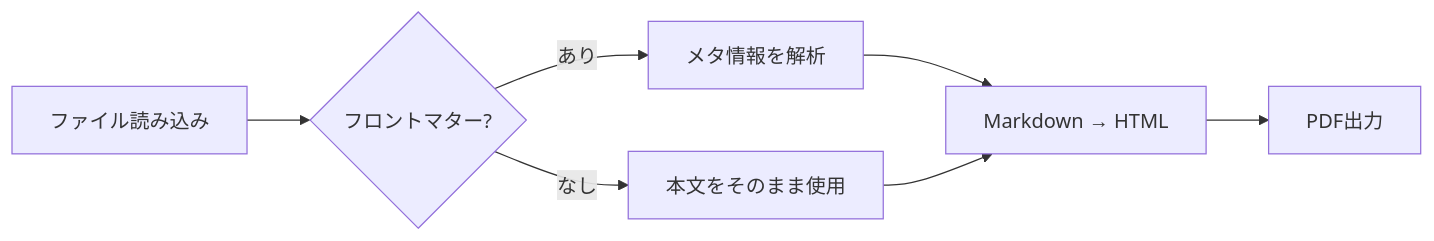
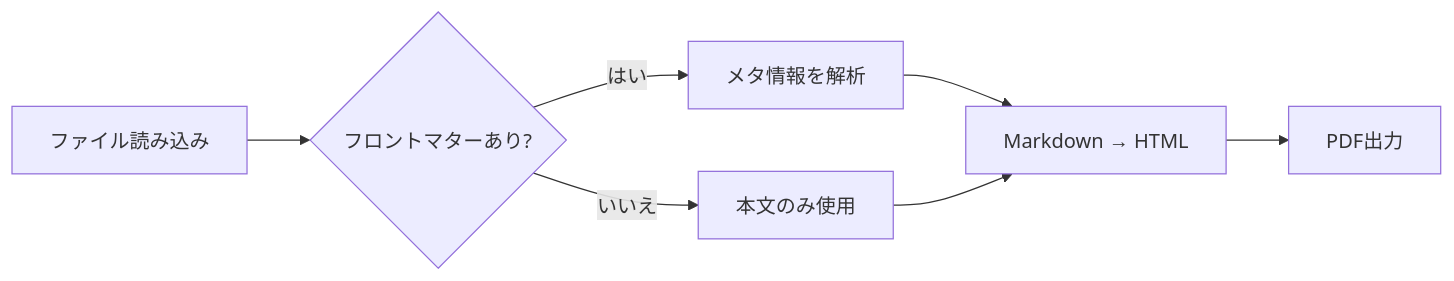
One commit to nanmotsu/doc-schema changed the first of 2 diagrams in 999_利用ガイド/変換サンプル/sample.md. Above: the diagram before and after it, drawn with Mermaid. The commit also changed other lines of this file and 22 other files, not shown here.

````diff
--- a/999_利用ガイド/変換サンプル/sample.md
+++ b/999_利用ガイド/変換サンプル/sample.md
@@ -126,9 +100,9 @@
 ```mermaid
 flowchart LR
-    A[ファイル読み込み] --> B{フロントマター?}
-    B -->|あり| C[メタ情報を解析]
-    B -->|なし| D[本文をそのまま使用]
+    A[ファイル読み込み] --> B{フロントマターあり?}
+    B -->|はい| C[メタ情報を解析]
+    B -->|いいえ| D[本文のみ使用]
     C --> E[Markdown → HTML]
     D --> E
     E --> F[PDF出力]
 ```
````
